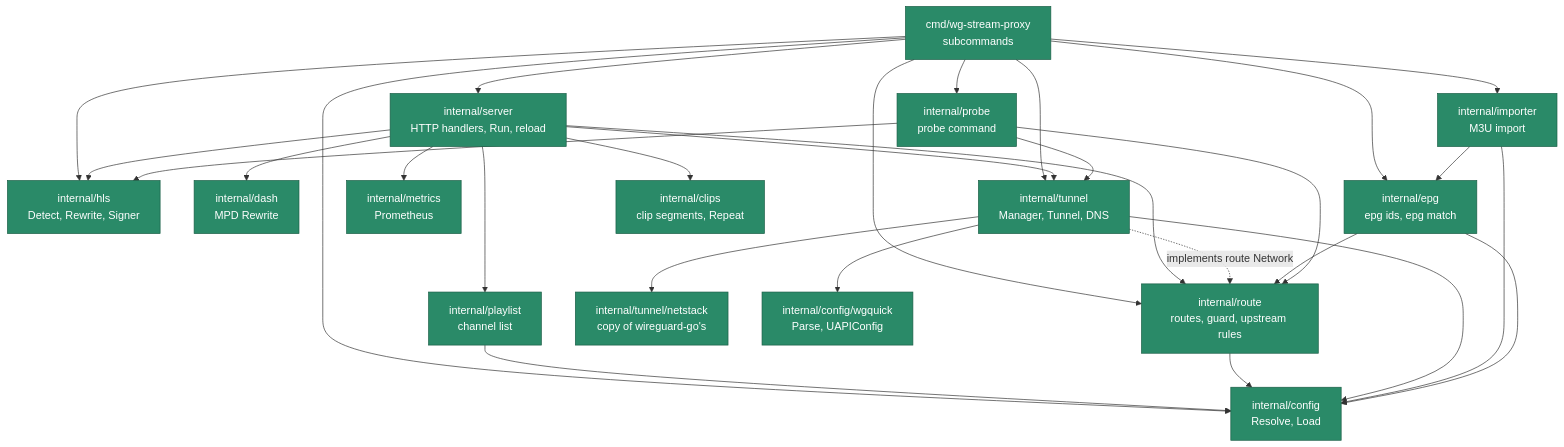
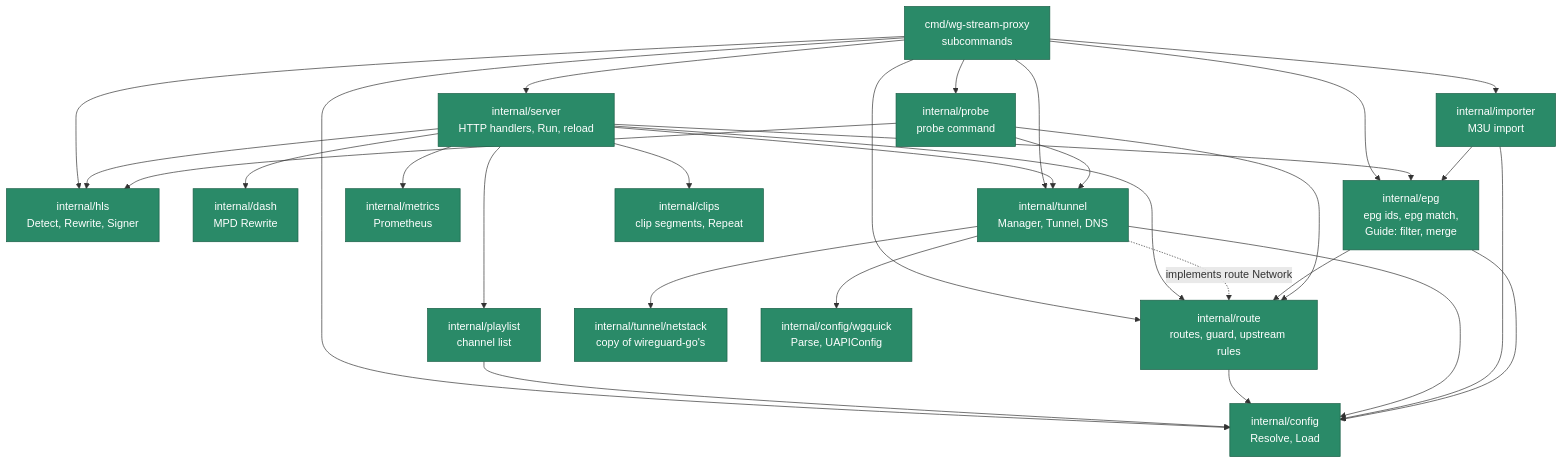
One commit to KingOfKalk/wg-stream-proxy changed diagram 15 of 18 in docs/architecture.md. Above: the diagram before and after it, drawn with Mermaid. The commit also changed other lines of this file and 34 other files, not shown here.

Commit message:
feat(epg): fetch, filter and merge EPG sources through routes (#126)

````diff
--- a/docs/architecture.md
+++ b/docs/architecture.md
@@ -876,30 +883,30 @@
 ```mermaid
 flowchart TD
     main["cmd/wg-stream-proxy<br/>subcommands"]:::done
     server["internal/server<br/>HTTP handlers, Run, reload"]:::done
     playlist["internal/playlist<br/>channel list"]:::done
     hls["internal/hls<br/>Detect, Rewrite, Signer"]:::done
     dash["internal/dash<br/>MPD Rewrite"]:::done
     route["internal/route<br/>routes, guard, upstream rules"]:::done
     tunnel["internal/tunnel<br/>Manager, Tunnel, DNS"]:::done
     netstack["internal/tunnel/netstack<br/>copy of wireguard-go's"]:::done
     config["internal/config<br/>Resolve, Load"]:::done
     wgquick["internal/config/wgquick<br/>Parse, UAPIConfig"]:::done
     metrics["internal/metrics<br/>Prometheus"]:::done
     importer["internal/importer<br/>M3U import"]:::done
-    epg["internal/epg<br/>epg ids, epg match"]:::done
+    epg["internal/epg<br/>epg ids, epg match,<br/>Guide: filter, merge"]:::done
     clips["internal/clips<br/>clip segments, Repeat"]:::done
     probe["internal/probe<br/>probe command"]:::done
 
     main --> server & config & importer & epg & probe & route & tunnel & hls
-    server --> playlist & hls & dash & route & tunnel & metrics & clips
+    server --> playlist & hls & dash & route & tunnel & metrics & clips & epg
     playlist --> config
     route --> config
     tunnel -. "implements route Network" .-> route
     tunnel --> config & wgquick & netstack
     importer --> config & epg
     epg --> config & route
     probe --> hls & route & tunnel
 
     classDef done fill:#2a8a68,stroke:#1a5e46,color:#ffffff
 ```
````
